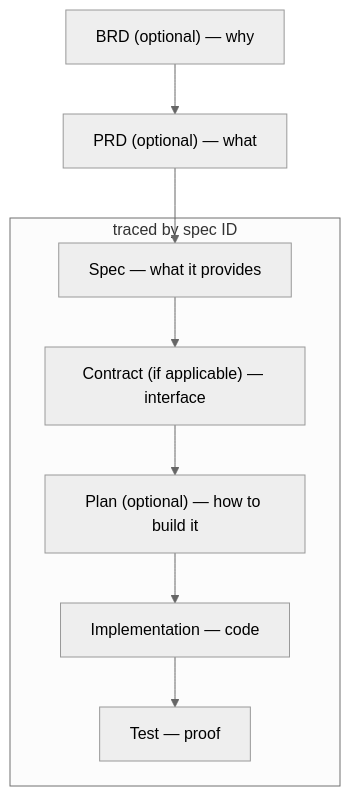
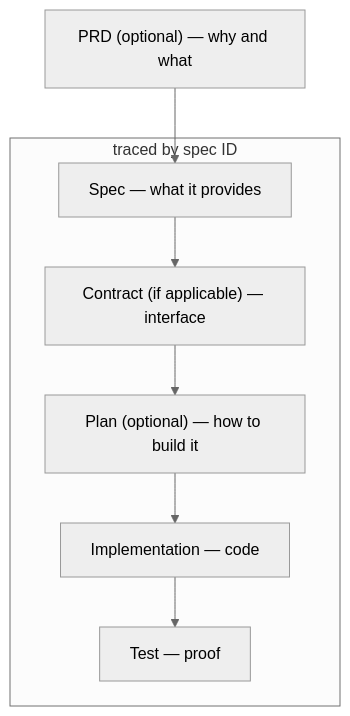
One commit to foreachpartners/main-spex changed the first of 2 diagrams in README.md. Above: the diagram before and after it, drawn with Mermaid (neutral theme). The commit also changed other lines of this file and 15 other files, not shown here.

````diff
--- a/README.md
+++ b/README.md
@@ -114,12 +113,11 @@
 ```mermaid
 flowchart TD
-    BRD["BRD (optional) — why"] --> PRD["PRD (optional) — what"]
-    PRD --> Func
+    PRD["PRD (optional) — why and what"] --> Func
 
     subgraph Traced ["traced by spec ID"]
         Func["Spec — what it provides"] --> Contract["Contract (if applicable) — interface"]
         Contract --> Plan["Plan (optional) — how to build it"]
         Plan --> Impl["Implementation — code"]
         Impl --> Test["Test — proof"]
     end
 ```
````
